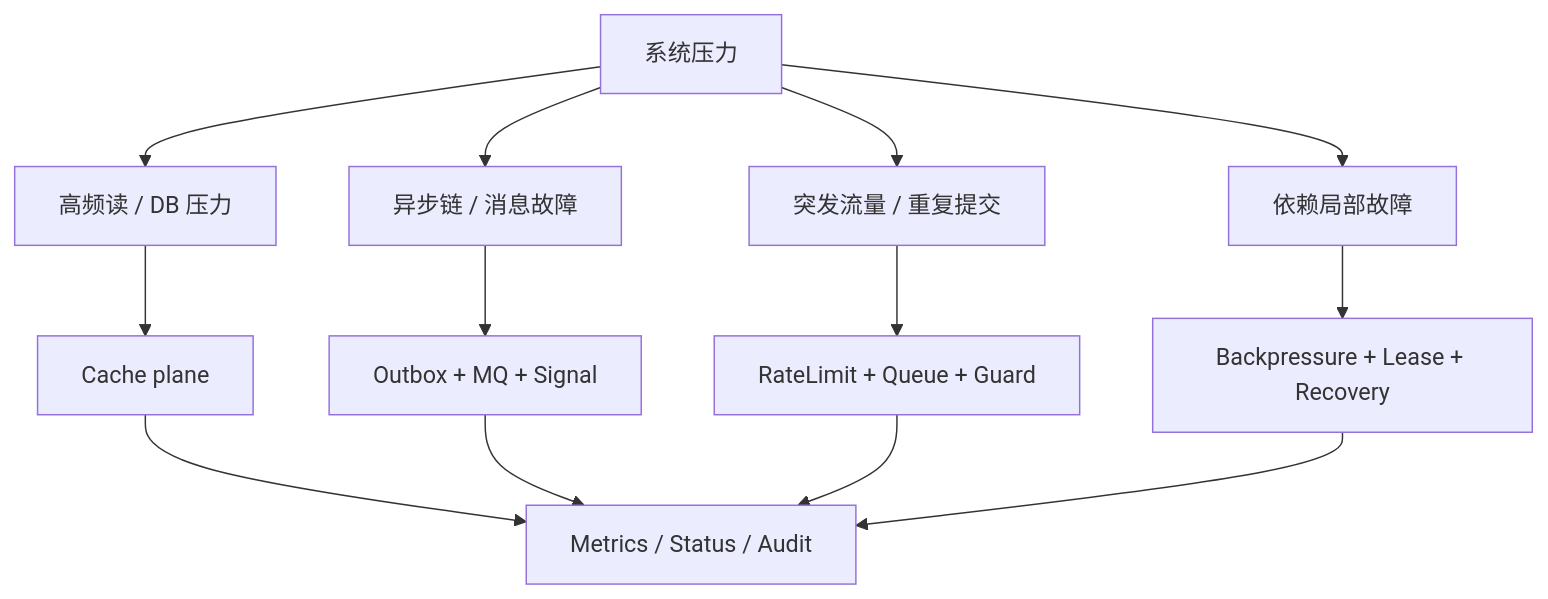
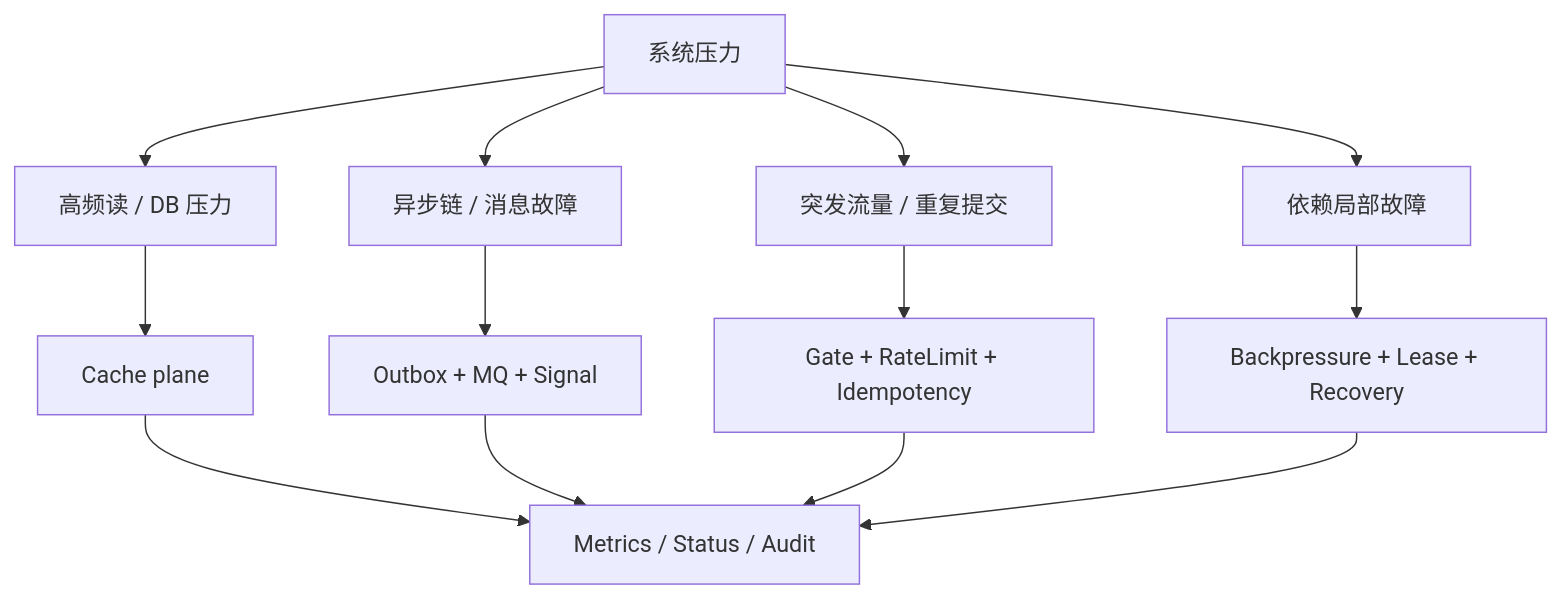
One commit to FangcunMount/qs-server changed the diagram in docs/03-基础设施/00-基础设施总览.md. Above: the diagram before and after it, drawn with Mermaid. The commit also changed 13 other files, not shown here.

````diff
--- a/docs/03-基础设施/00-基础设施总览.md
+++ b/docs/03-基础设施/00-基础设施总览.md
@@ -9,15 +9,15 @@
 ```mermaid
 flowchart TB
     Pressure["系统压力"] --> Read["高频读 / DB 压力"]
     Pressure --> Async["异步链 / 消息故障"]
     Pressure --> Burst["突发流量 / 重复提交"]
     Pressure --> Partial["依赖局部故障"]
     Read --> Cache["Cache plane"]
     Async --> Event["Outbox + MQ + Signal"]
-    Burst --> Guard["RateLimit + Queue + Guard"]
+    Burst --> Guard["Gate + RateLimit + Idempotency"]
     Partial --> Resilience["Backpressure + Lease + Recovery"]
     Cache --> Obs["Metrics / Status / Audit"]
     Event --> Obs
     Guard --> Obs
     Resilience --> Obs
 ```
````
